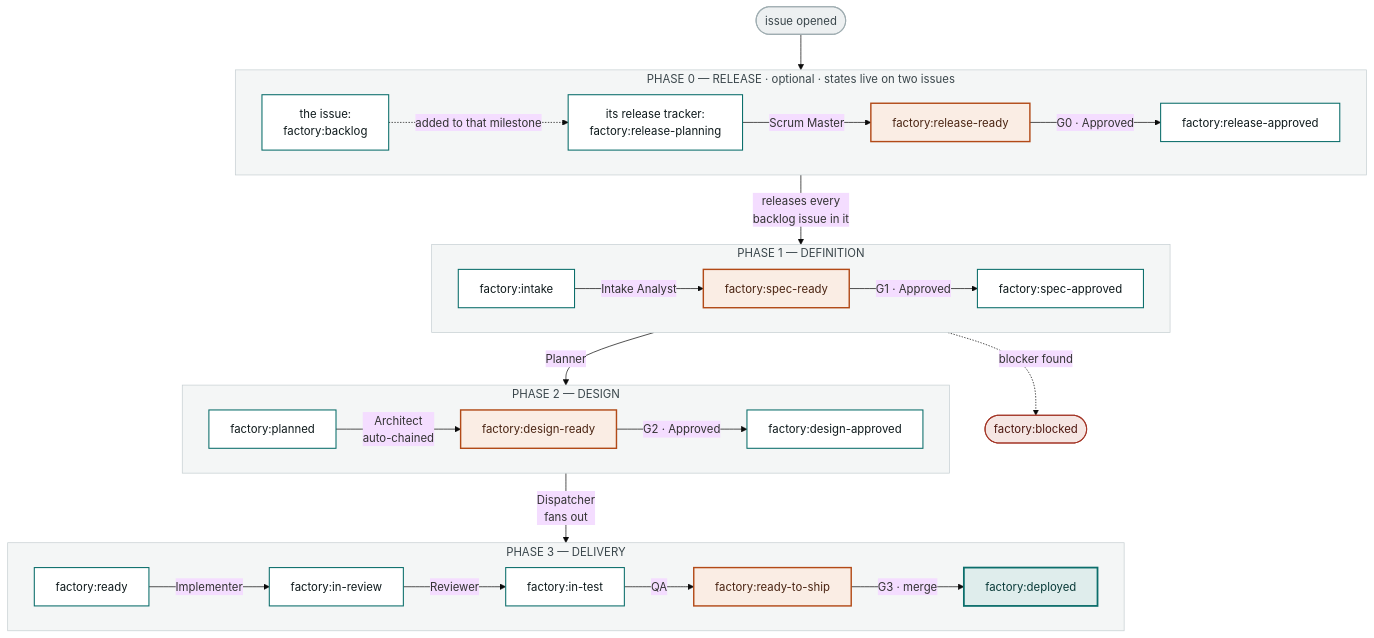
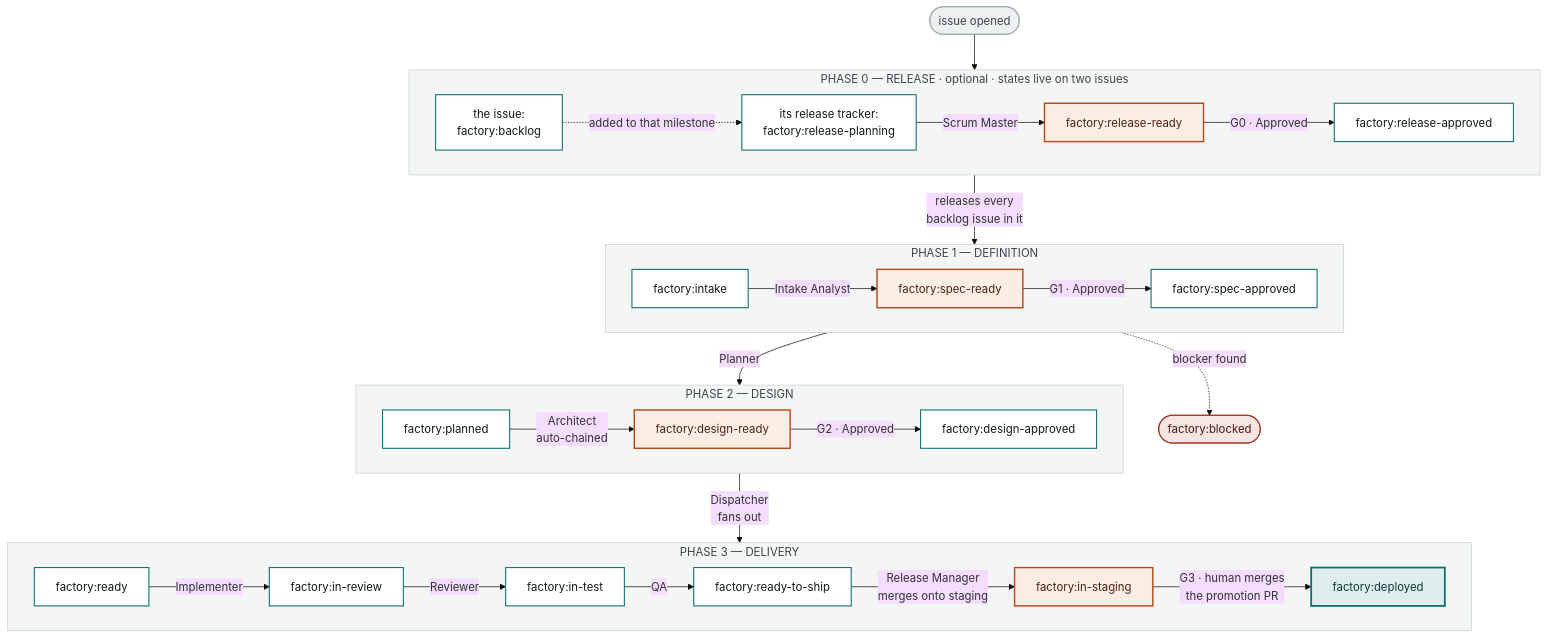
Before and after one commit to genai-jerry/claude-software-factory: the diagram in wiki/Factory-Pipeline-States.md, drawn with Mermaid (base theme). The commit also changed other lines of this file and 18 other files, not shown here.

````diff
--- a/wiki/Factory-Pipeline-States.md
+++ b/wiki/Factory-Pipeline-States.md
@@ -17,55 +17,56 @@
 ```mermaid
 flowchart TB
   OPEN(["issue opened"]) --> R0
 
   subgraph P0["PHASE 0 — RELEASE · optional · states live on two issues"]
     direction LR
     R0["the issue:<br/>factory:backlog"]
     R1["its release tracker:<br/>factory:release-planning"] -- "Scrum Master" --> R2["factory:release-ready"]
     R2 -- "G0 · Approved" --> R3["factory:release-approved"]
     R0 -. "added to that milestone" .-> R1
   end
 
   R3 -- "releases every<br/>backlog issue in it" --> A
 
   subgraph P1["PHASE 1 — DEFINITION"]
     direction LR
     A["factory:intake"] -- "Intake Analyst" --> B["factory:spec-ready"]
     B -- "G1 · Approved" --> C["factory:spec-approved"]
   end
 
   subgraph P2["PHASE 2 — DESIGN"]
     direction LR
     D["factory:planned"] -- "Architect<br/>auto-chained" --> E["factory:design-ready"]
     E -- "G2 · Approved" --> F["factory:design-approved"]
   end
 
   subgraph P3["PHASE 3 — DELIVERY"]
     direction LR
     G["factory:ready"] -- "Implementer" --> H["factory:in-review"]
     H -- "Reviewer" --> I["factory:in-test"]
     I -- "QA" --> J["factory:ready-to-ship"]
-    J -- "G3 · merge" --> K["factory:deployed"]
+    J -- "Release Manager<br/>merges onto staging" --> S["factory:in-staging"]
+    S -- "G3 · human merges<br/>the promotion PR" --> K["factory:deployed"]
   end
 
   C -- "Planner" --> D
   F -- "Dispatcher<br/>fans out" --> G
   A -. "blocker found" .-> X(["factory:blocked"])
 
   classDef state fill:#FFFFFF,stroke:#0B6E6B,stroke-width:1.5px,color:#0F1A1C
   classDef gate fill:#FAEDE4,stroke:#B24A17,stroke-width:2px,color:#4A2412
   classDef done fill:#DFEDEC,stroke:#0B6E6B,stroke-width:2.5px,color:#0A3B39
   classDef halt fill:#F5E6E3,stroke:#A33526,stroke-width:1.5px,color:#4E1811
   classDef entry fill:#EDF0F1,stroke:#9FADB1,stroke-width:1.5px,color:#3A464B
 
-  class A,C,D,F,G,H,I,R0,R1,R3 state
-  class B,E,J,R2 gate
+  class A,C,D,F,G,H,I,J,R0,R1,R3 state
+  class B,E,S,R2 gate
   class K done
   class X halt
   class OPEN entry
 
   style P0 fill:#F4F6F6,stroke:#C6CFD2,color:#3A464B
   style P1 fill:#F4F6F6,stroke:#C6CFD2,color:#3A464B
   style P2 fill:#F4F6F6,stroke:#C6CFD2,color:#3A464B
   style P3 fill:#F4F6F6,stroke:#C6CFD2,color:#3A464B
 ```
````
